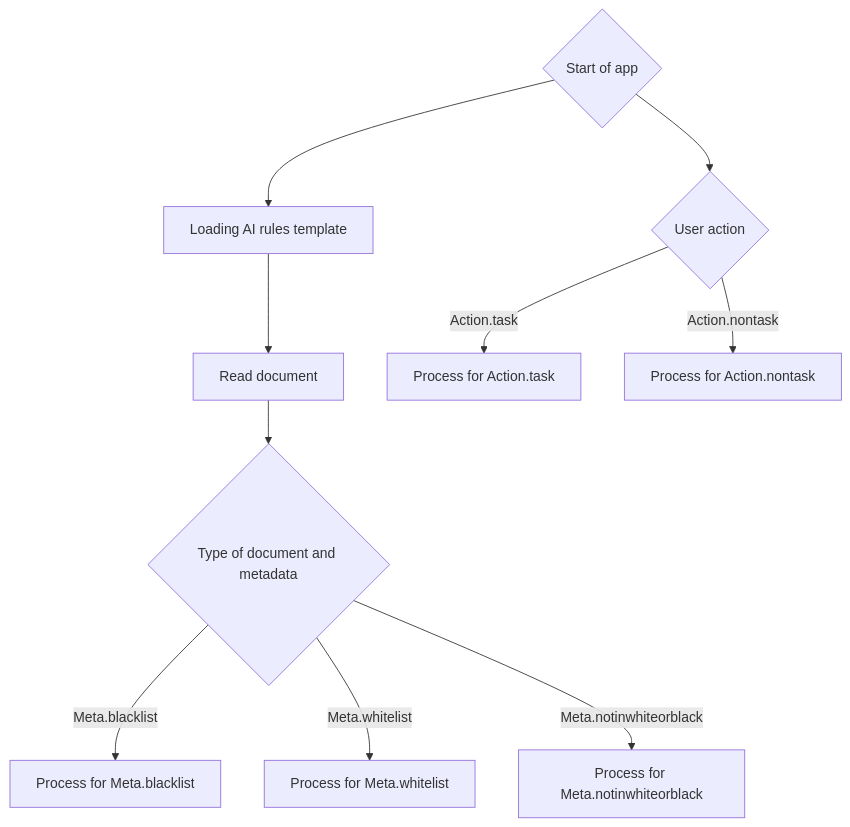
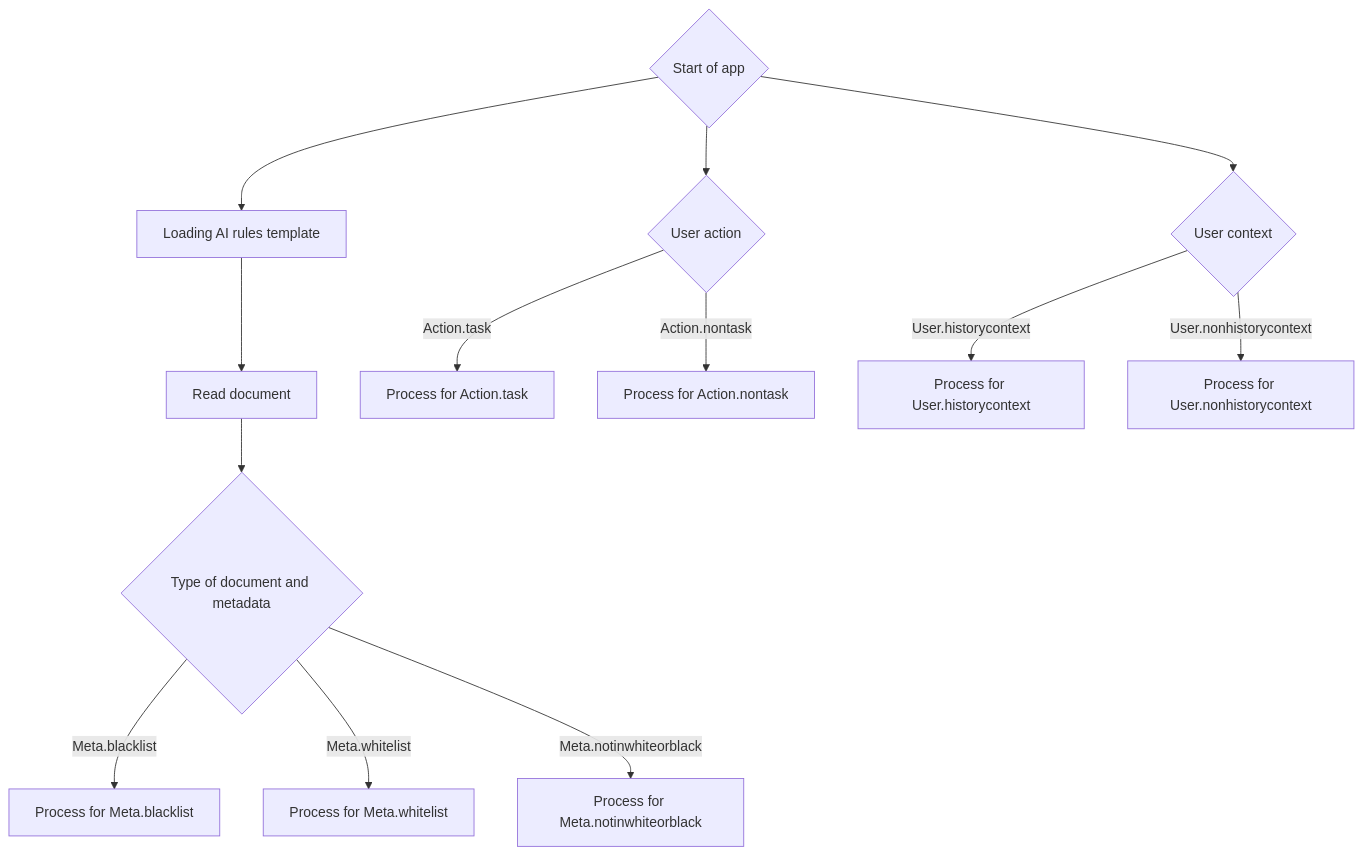
The diagram in exponanta-scripts/graph-mermaid.md (fozak/script), drawn with Mermaid before and after one commit. The commit also changed 31 other files, not shown here.

````diff
--- a/exponanta-scripts/graph-mermaid.md
+++ b/exponanta-scripts/graph-mermaid.md
@@ -3,15 +3,19 @@
 ```mermaid
 graph TD
     A{"Start of app"} --> B["Loading AI rules template"]
     B --> C["Read document"]
     C --> D{"Type of document and metadata"}
     D --> |Meta.blacklist| F[Process for Meta.blacklist]
     D --> |Meta.whitelist| G[Process for Meta.whitelist]
     D --> |Meta.notinwhiteorblack| H[Process for Meta.notinwhiteorblack]
 
     A --> B1{"User action"}
     B1 --> |Action.task| F1[Process for Action.task]
     B1 --> |Action.nontask| G1[Process for Action.nontask]
 
+    A --> B2{"User context"}
+    B2 --> |User.historycontext| F2[Process for User.historycontext]
+    B2 --> |User.nonhistorycontext| G2[Process for User.nonhistorycontext]
+
     
 ```
````
